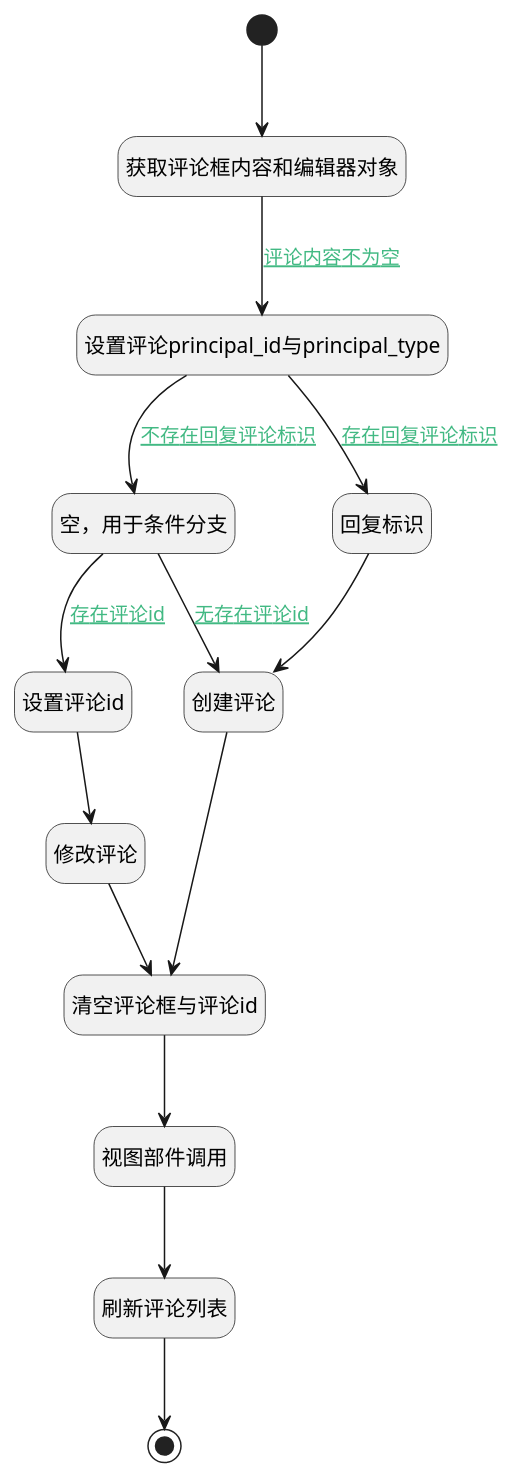
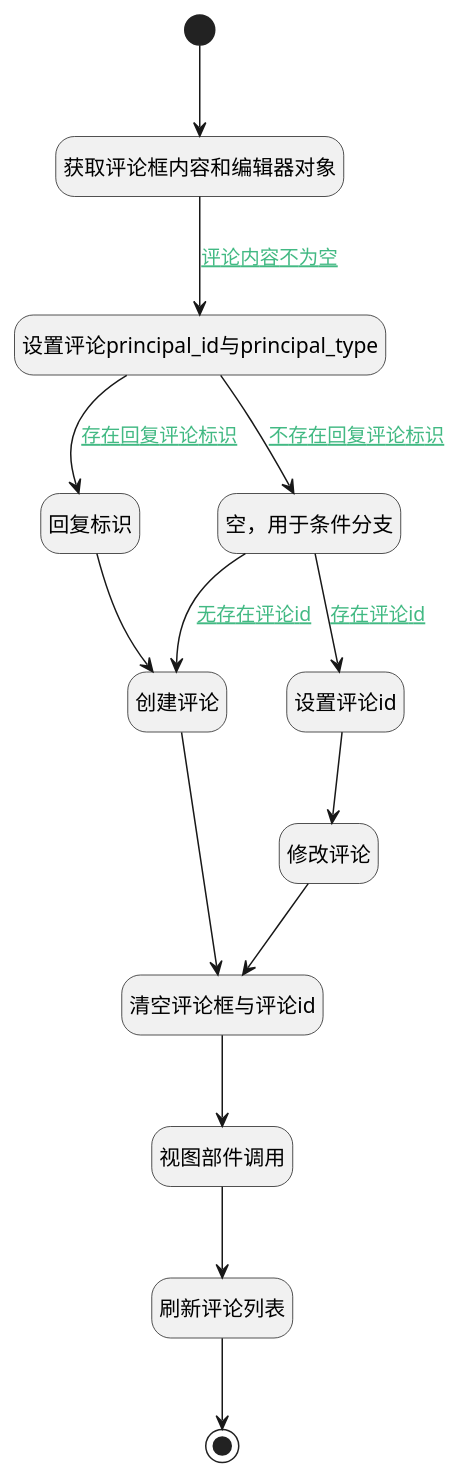
Before and after one commit to iBizLab/plm: the diagram in doc/docsify/module/Base/comment/uilogic/send_comment_wiki.md, drawn with PlantUML. The commit also changed other lines of this file and 1276 other files, not shown here.

````diff
--- a/doc/docsify/module/Base/comment/uilogic/send_comment_wiki.md
+++ b/doc/docsify/module/Base/comment/uilogic/send_comment_wiki.md
@@ -7,41 +7,41 @@
 ```plantuml
 @startuml
 hide footbox
 <style>
 root {
   HyperlinkColor #42b983
 }
 </style>
 
 hide empty description
 state "开始" as Begin <<start>> [[$./send_comment_wiki#begin {开始}]]
 state "创建评论" as DEACTION2  [[$./send_comment_wiki#deaction2 {创建评论}]]
-state "空，用于条件分支" as PREPAREJSPARAM4  [[$./send_comment_wiki#preparejsparam4 {空，用于条件分支}]]
-state "获取评论框内容和编辑器对象" as RAWJSCODE1  [[$./send_comment_wiki#rawjscode1 {获取评论框内容和编辑器对象}]]
-state "刷新评论列表" as RAWJSCODE3  [[$./send_comment_wiki#rawjscode3 {刷新评论列表}]]
 state "视图部件调用" as VIEWCTRLINVOKE1  [[$./send_comment_wiki#viewctrlinvoke1 {视图部件调用}]]
 state "回复标识" as PREPAREJSPARAM2  [[$./send_comment_wiki#preparejsparam2 {回复标识}]]
+state "修改评论" as DEACTION3  [[$./send_comment_wiki#deaction3 {修改评论}]]
+state "获取评论框内容和编辑器对象" as RAWJSCODE1  [[$./send_comment_wiki#rawjscode1 {获取评论框内容和编辑器对象}]]
+state "设置评论principal_id与principal_type" as PREPAREJSPARAM1  [[$./send_comment_wiki#preparejsparam1 {设置评论principal_id与principal_type}]]
+state "结束" as END1 <<end>> [[$./send_comment_wiki#end1 {结束}]]
+state "刷新评论列表" as RAWJSCODE3  [[$./send_comment_wiki#rawjscode3 {刷新评论列表}]]
 state "清空评论框与评论id" as RAWJSCODE2  [[$./send_comment_wiki#rawjscode2 {清空评论框与评论id}]]
-state "设置评论principal_id与principal_type" as PREPAREJSPARAM1  [[$./send_comment_wiki#preparejsparam1 {设置评论principal_id与principal_type}]]
+state "空，用于条件分支" as PREPAREJSPARAM4  [[$./send_comment_wiki#preparejsparam4 {空，用于条件分支}]]
 state "设置评论id" as PREPAREJSPARAM3  [[$./send_comment_wiki#preparejsparam3 {设置评论id}]]
-state "修改评论" as DEACTION3  [[$./send_comment_wiki#deaction3 {修改评论}]]
-state "结束" as END1 <<end>> [[$./send_comment_wiki#end1 {结束}]]
 
 
 Begin --> RAWJSCODE1
 RAWJSCODE1 --> PREPAREJSPARAM1 : [[$./send_comment_wiki#rawjscode1-preparejsparam1{评论内容不为空} 评论内容不为空]]
 PREPAREJSPARAM1 --> PREPAREJSPARAM4 : [[$./send_comment_wiki#preparejsparam1-preparejsparam4{不存在回复评论标识} 不存在回复评论标识]]
 PREPAREJSPARAM4 --> DEACTION2 : [[$./send_comment_wiki#preparejsparam4-deaction2{无存在评论id} 无存在评论id]]
 DEACTION2 --> RAWJSCODE2
 RAWJSCODE2 --> VIEWCTRLINVOKE1
 VIEWCTRLINVOKE1 --> RAWJSCODE3
 RAWJSCODE3 --> END1
 PREPAREJSPARAM4 --> PREPAREJSPARAM3 : [[$./send_comment_wiki#preparejsparam4-preparejsparam3{存在评论id} 存在评论id]]
 PREPAREJSPARAM3 --> DEACTION3
 DEACTION3 --> RAWJSCODE2
 PREPAREJSPARAM1 --> PREPAREJSPARAM2 : [[$./send_comment_wiki#preparejsparam1-preparejsparam2{存在回复评论标识} 存在回复评论标识]]
 PREPAREJSPARAM2 --> DEACTION2
 
 
 @enduml
 ```
````
